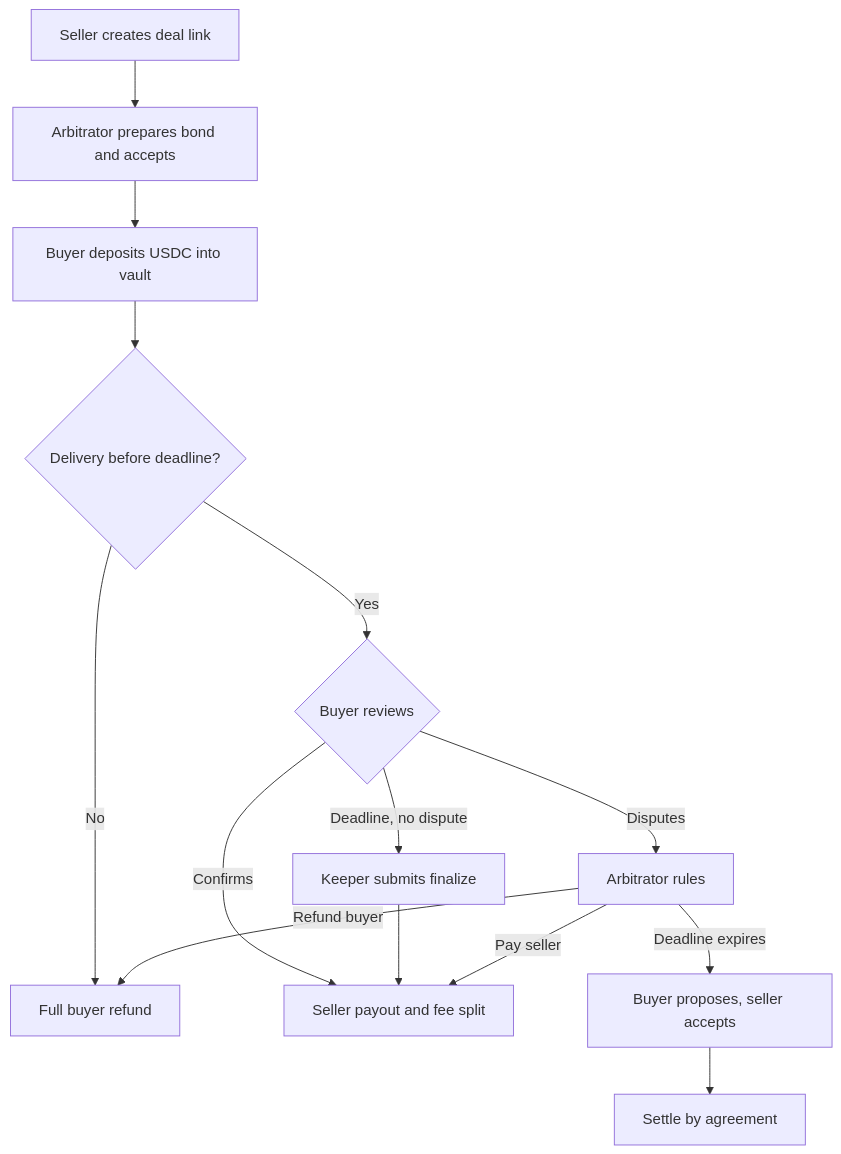
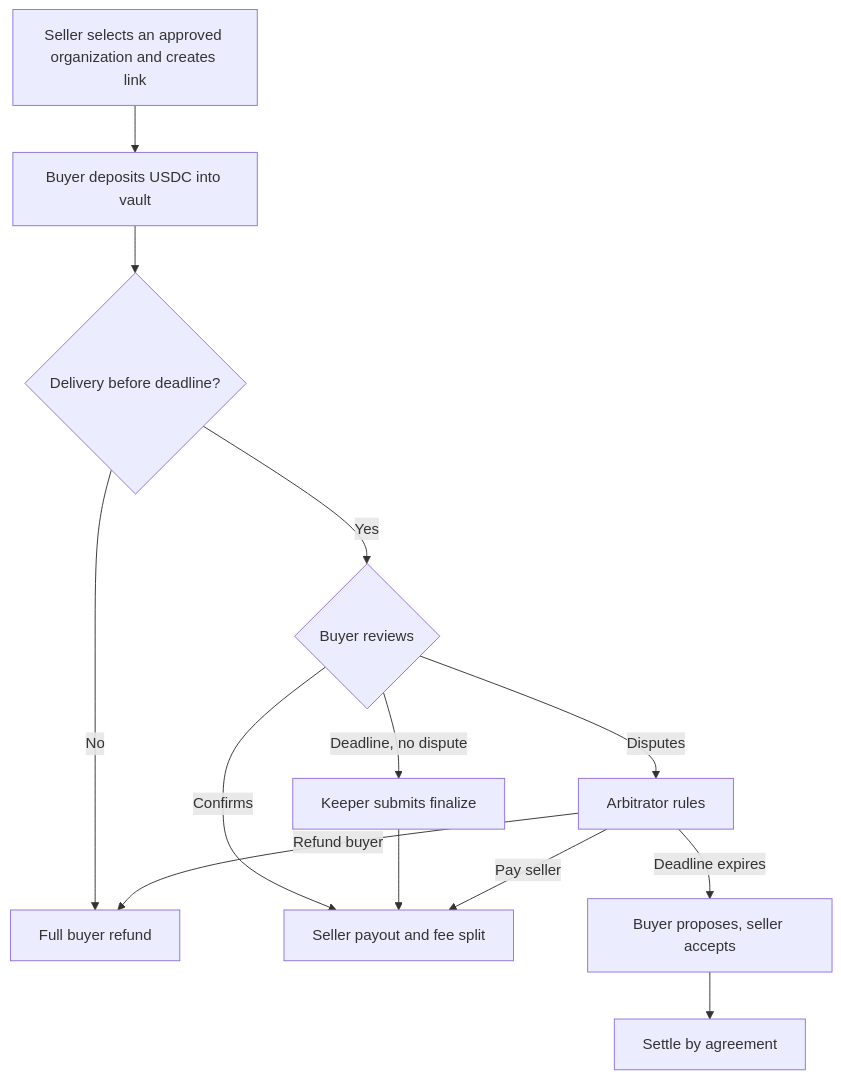
The diagram in README.en.md (2274802010922/pipicachu), drawn with Mermaid before and after one commit. The commit also changed other lines of this file and 20 other files, not shown here.

First line of the commit message:
docs: hoàn tất bằng chứng và hướng dẫn flow trọng tài cọc trước

````diff
--- a/README.en.md
+++ b/README.en.md
@@ -41,16 +45,15 @@
 ```mermaid
 flowchart TD
-  A[Seller creates deal link] --> B[Arbitrator prepares bond and accepts]
-  B --> C[Buyer deposits USDC into vault]
+  A[Seller selects an approved organization and creates link] --> C[Buyer deposits USDC into vault]
   C --> D{Delivery before deadline?}
   D -->|No| E[Full buyer refund]
   D -->|Yes| F{Buyer reviews}
   F -->|Confirms| G[Seller payout and fee split]
   F -->|Deadline, no dispute| H[Keeper submits finalize]
   H --> G
   F -->|Disputes| I[Arbitrator rules]
   I -->|Pay seller| G
   I -->|Refund buyer| E
   I -->|Deadline expires| J[Buyer proposes, seller accepts]
   J --> K[Settle by agreement]
 ```
````
